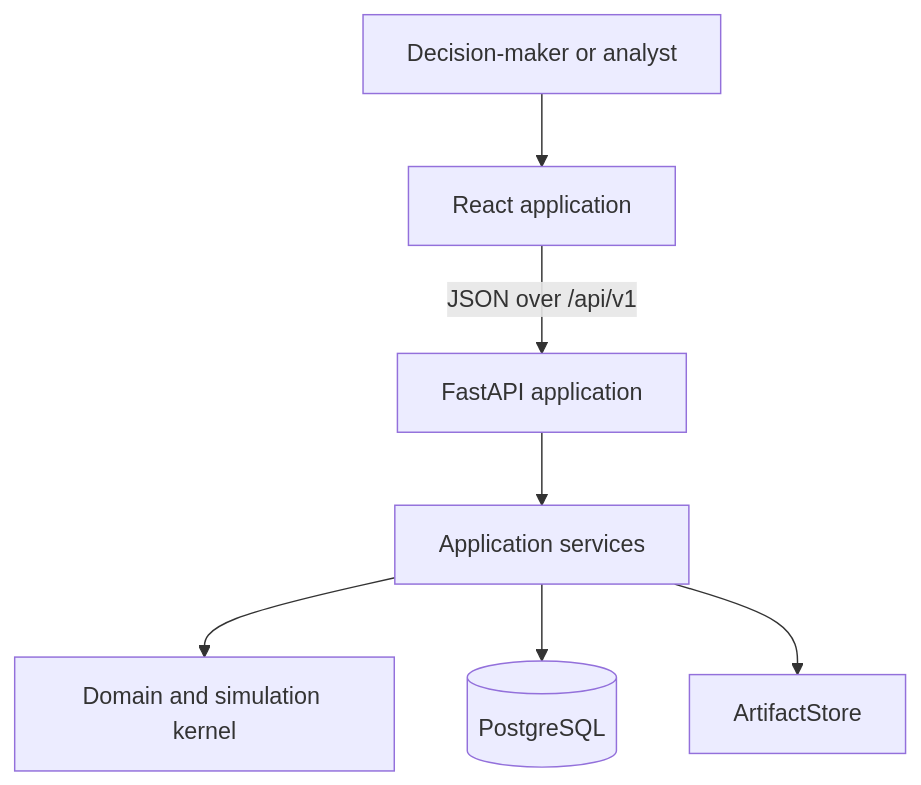
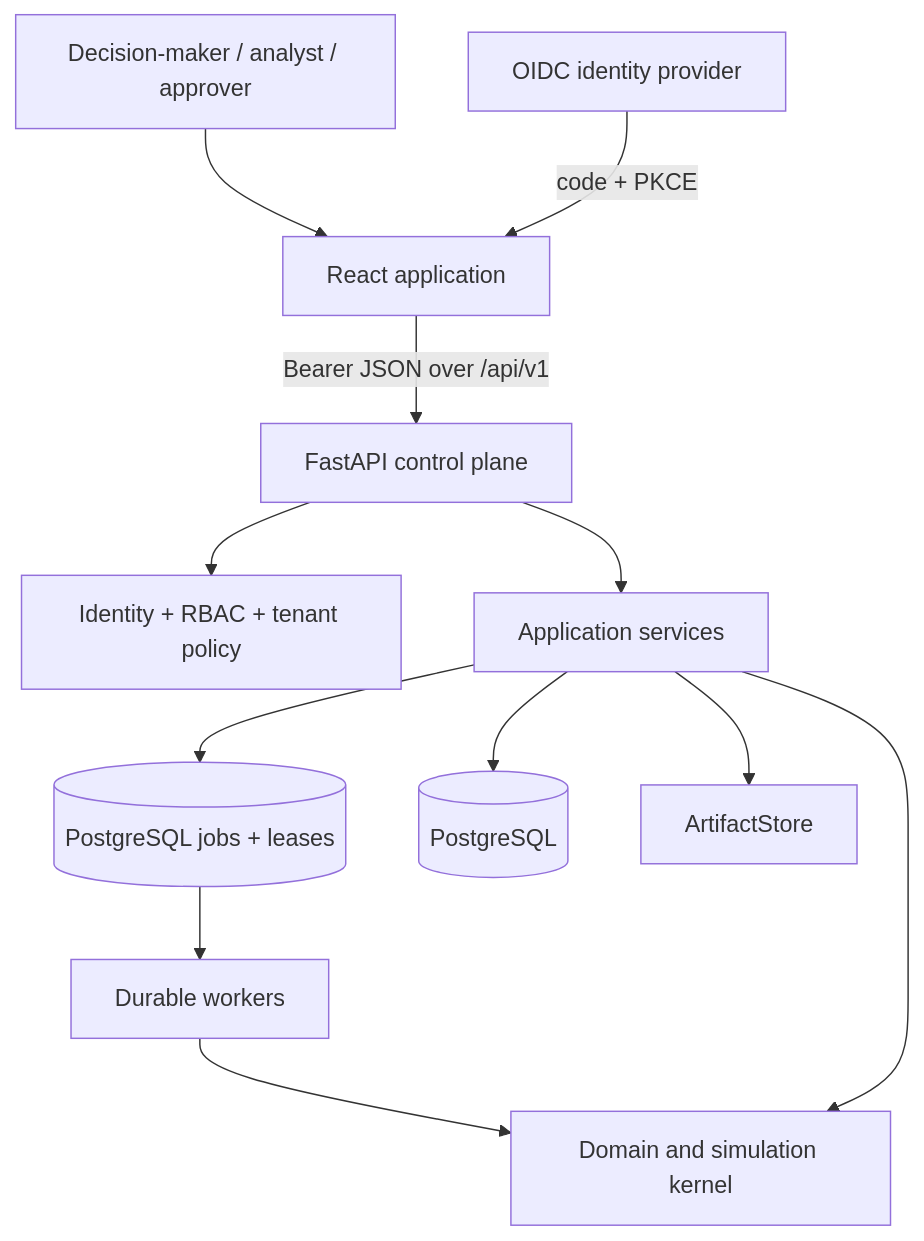
The first of 3 diagrams in docs/architecture.md (mfidalgomartins/OpenEnterprise-Twin), drawn with Mermaid before and after one commit. The commit also changed other lines of this file and 106 other files, not shown here.

First line of the commit message:
v0.6.0 — identity, tenant isolation and durable analytical jobs (#12)

````diff
--- a/docs/architecture.md
+++ b/docs/architecture.md
@@ -12,9 +12,14 @@
 ```mermaid
 flowchart TB
-    USER["Decision-maker or analyst"] --> WEB["React application"]
-    WEB -->|"JSON over /api/v1"| HTTP["FastAPI application"]
+    USER["Decision-maker / analyst / approver"] --> WEB["React application"]
+    IDP["OIDC identity provider"] -->|"code + PKCE"| WEB
+    WEB -->|"Bearer JSON over /api/v1"| HTTP["FastAPI control plane"]
+    HTTP --> POLICY["Identity + RBAC + tenant policy"]
     HTTP --> SERVICES["Application services"]
+    SERVICES --> JOBS[("PostgreSQL jobs + leases")]
+    JOBS --> WORKERS["Durable workers"]
+    WORKERS --> KERNEL["Domain and simulation kernel"]
     SERVICES --> KERNEL["Domain and simulation kernel"]
     SERVICES --> POSTGRES[("PostgreSQL")]
     SERVICES --> ARTIFACTS["ArtifactStore"]
 ```
````
